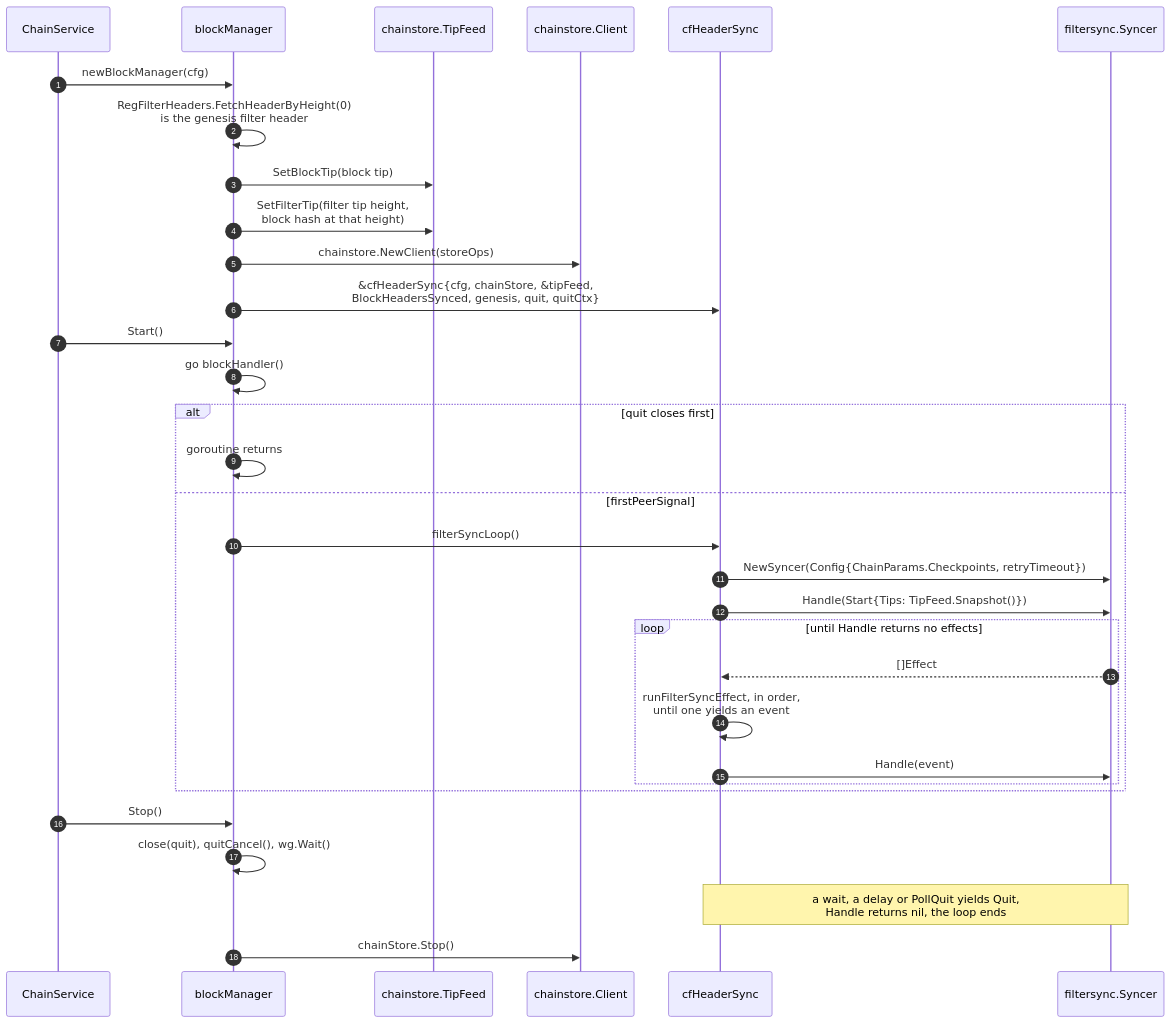
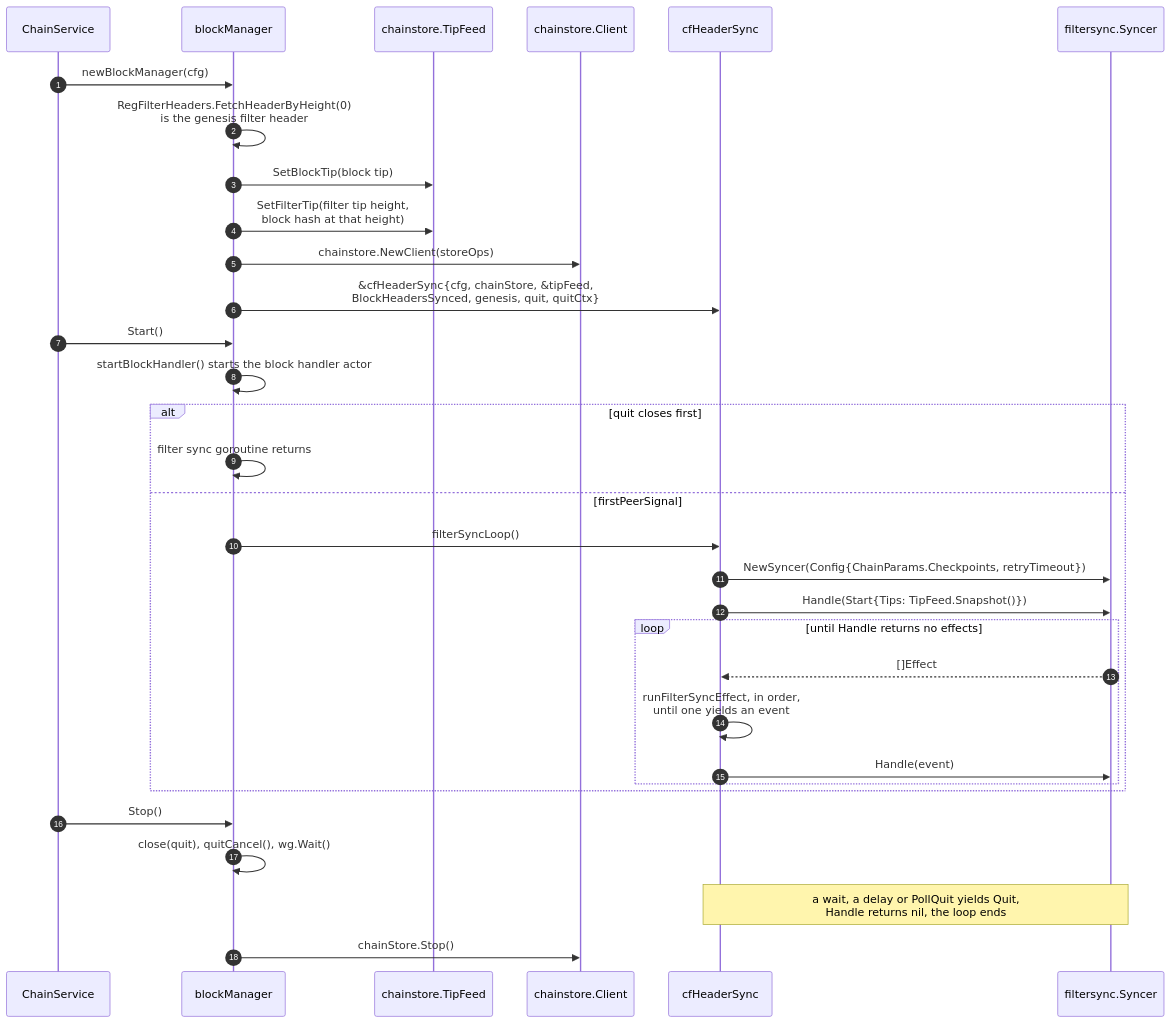
The second of 5 diagrams in docs/filtersync-architecture.md (lightninglabs/neutrino), drawn with Mermaid before and after one commit. The commit also changed other lines of this file and 5 other files, not shown here.

````diff
--- a/docs/filtersync-architecture.md
+++ b/docs/filtersync-architecture.md
@@ -107,35 +109,35 @@
 ```mermaid
 sequenceDiagram
     autonumber
     participant CS as ChainService
     participant BM as blockManager
     participant TF as chainstore.TipFeed
     participant CA as chainstore.Client
     participant CF as cfHeaderSync
     participant SY as filtersync.Syncer
 
     CS->>BM: newBlockManager(cfg)
     BM->>BM: RegFilterHeaders.FetchHeaderByHeight(0)<br/>is the genesis filter header
     BM->>TF: SetBlockTip(block tip)
     BM->>TF: SetFilterTip(filter tip height,<br/>block hash at that height)
     BM->>CA: chainstore.NewClient(storeOps)
     BM->>CF: &cfHeaderSync{cfg, chainStore, &tipFeed,<br/>BlockHeadersSynced, genesis, quit, quitCtx}
     CS->>BM: Start()
-    BM->>BM: go blockHandler()
+    BM->>BM: startBlockHandler() starts the block handler actor
     alt quit closes first
-        BM->>BM: goroutine returns
+        BM->>BM: filter sync goroutine returns
     else firstPeerSignal
         BM->>CF: filterSyncLoop()
         CF->>SY: NewSyncer(Config{ChainParams.Checkpoints, retryTimeout})
         CF->>SY: Handle(Start{Tips: TipFeed.Snapshot()})
         loop until Handle returns no effects
             SY-->>CF: []Effect
             CF->>CF: runFilterSyncEffect, in order,<br/>until one yields an event
             CF->>SY: Handle(event)
         end
     end
     CS->>BM: Stop()
     BM->>BM: close(quit), quitCancel(), wg.Wait()
     Note over CF,SY: a wait, a delay or PollQuit yields Quit,<br/>Handle returns nil, the loop ends
     BM->>CA: chainStore.Stop()
 ```
````
